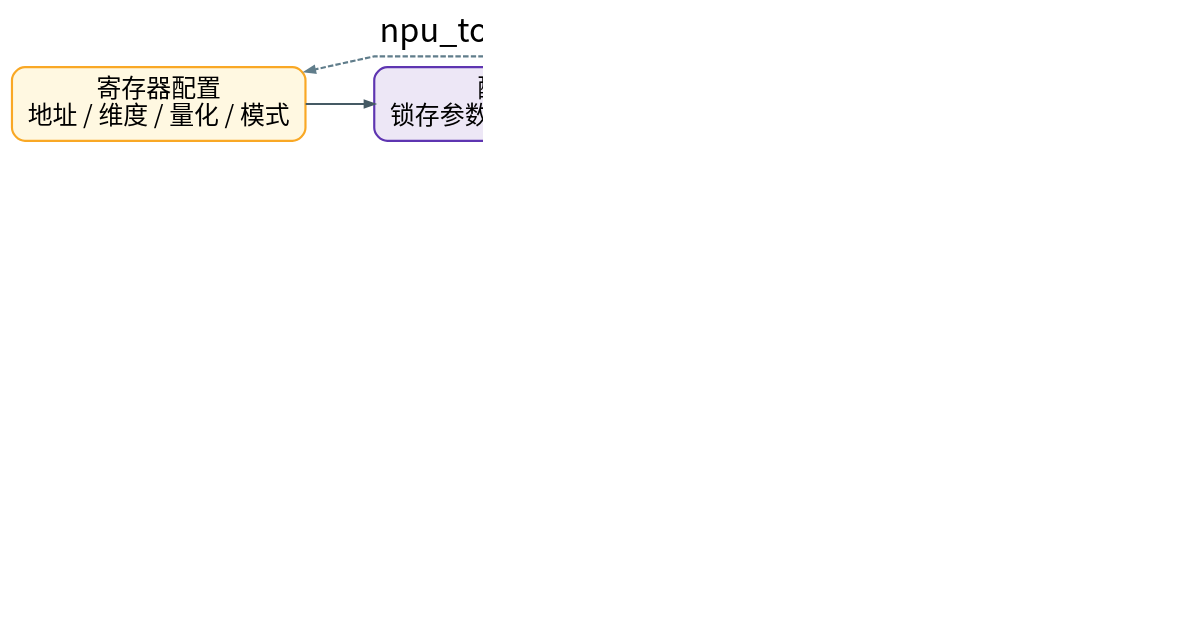
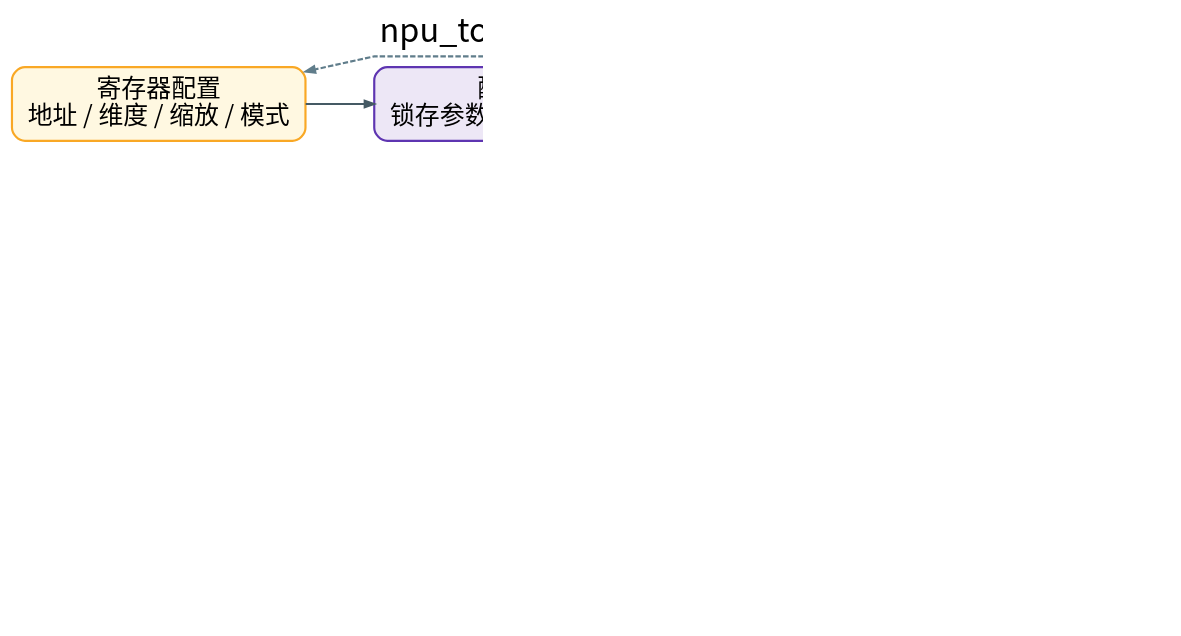
Before and after one commit to EE-noob/aiEngine_integrated: the diagram in veri/doc/original_docx_report_md/report_figures/dot/fig_npu_control_dma_simple.dot, drawn with Graphviz. The commit also changed 85 other files, not shown here.

Commit message:
Refine NPU coverage reports and diagrams

```diff
--- a/veri/doc/original_docx_report_md/report_figures/dot/fig_npu_control_dma_simple.dot
+++ b/veri/doc/original_docx_report_md/report_figures/dot/fig_npu_control_dma_simple.dot
@@ -1,29 +1,29 @@
 digraph fig_npu_control_dma_simple {
   graph [rankdir=TB,bgcolor="white",pad=0.14,nodesep=0.45,ranksep=0.55,splines=polyline,dpi=180,fontname="Noto Sans CJK SC",label="npu_top 控制与 DMA 关系简图",labelloc=t,fontsize=30];
   node [shape=box,style="rounded,filled",fontname="Noto Sans CJK SC",fontsize=23,margin="0.18,0.12",penwidth=2.0,color="#455A64"];
   edge [fontname="Noto Sans CJK SC",fontsize=17,penwidth=2.0,arrowsize=0.85,color="#455A64"];
 
-  regs [label="寄存器配置\n地址 / 维度 / 量化 / 模式",fillcolor="#FFF8E1",color="#F9A825"];
+  regs [label="寄存器配置\n地址 / 维度 / 缩放 / 模式",fillcolor="#FFF8E1",color="#F9A825"];
   cfg [label="配置流水\n锁存参数、裁剪复用窗口",fillcolor="#EDE7F6",color="#5E35B1"];
   ctrl [label="NPU 控制器\n加载、计算、写回调度",fillcolor="#EDE7F6",color="#5E35B1"];
   readers [label="读客户端\nIA / Weight / Bias / Quant",fillcolor="#E3F2FD",color="#1565C0"];
   writer [label="写客户端\nOA writer",fillcolor="#FCE4EC",color="#AD1457"];
   arb [label="DMA 仲裁器\n读 grant / 写 grant",fillcolor="#E0F7FA",color="#00838F"];
   dma [label="双向分块 DMA\nAR/R 与 AW/W/B",fillcolor="#E0F7FA",color="#00838F"];
   ram [label="共享 RAM",fillcolor="#E8F5E9",color="#2E7D32"];
 
   { rank=same; regs; cfg; ctrl; }
   { rank=same; readers; writer; }
   regs -> cfg;
   cfg -> ctrl [label="ctrl_start"];
   ctrl -> readers [label="init / send"];
   ctrl -> writer [label="init_oa"];
   readers -> arb [label="读请求"];
   writer -> arb [label="写请求"];
   arb -> dma;
   dma -> ram [label="AXI4"];
   ram -> dma [style=dashed,color="#607D8B"];
   readers -> ctrl [style=dashed,color="#607D8B",constraint=false];
   writer -> ctrl [style=dashed,color="#607D8B",constraint=false];
   ctrl -> regs [style=dashed,color="#607D8B",constraint=false];
 }
```
